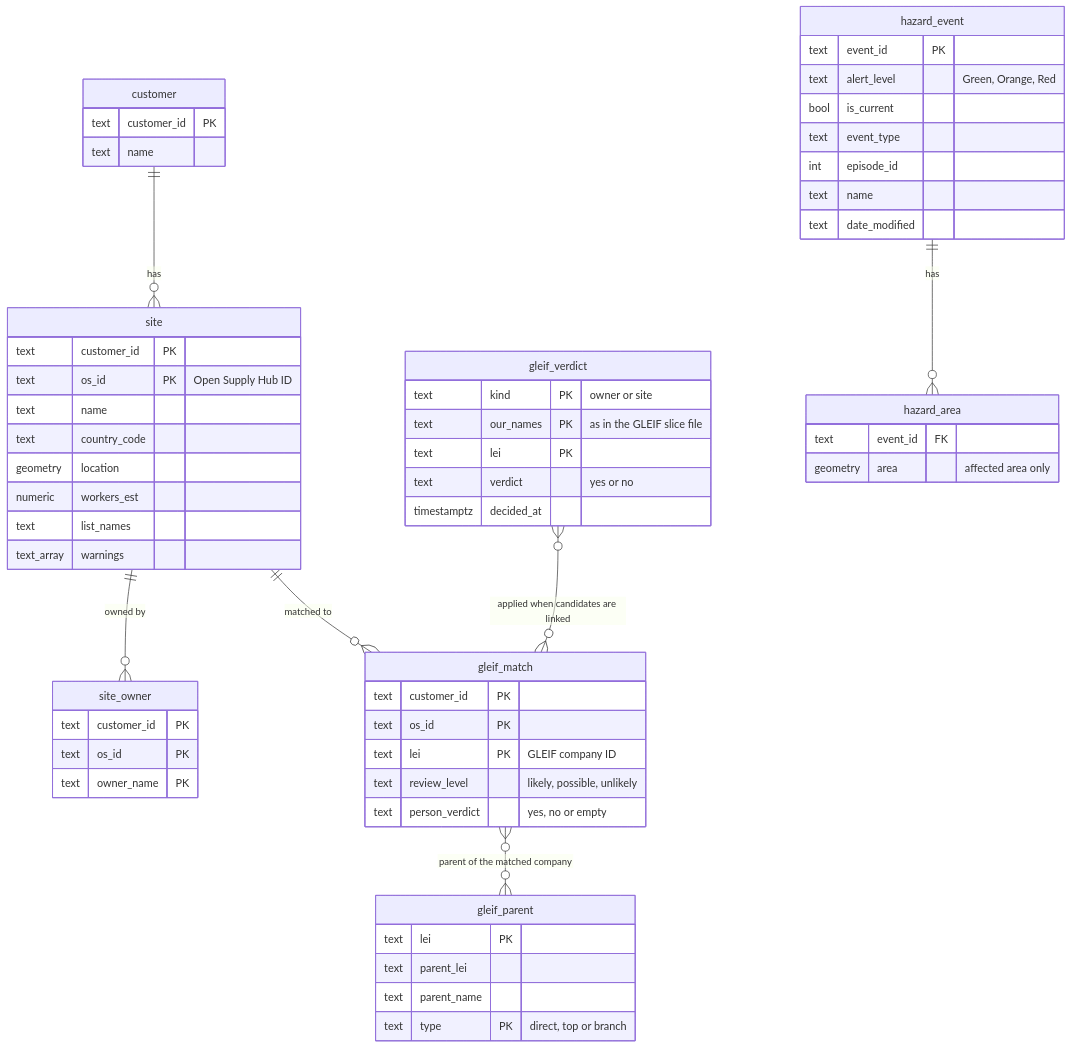
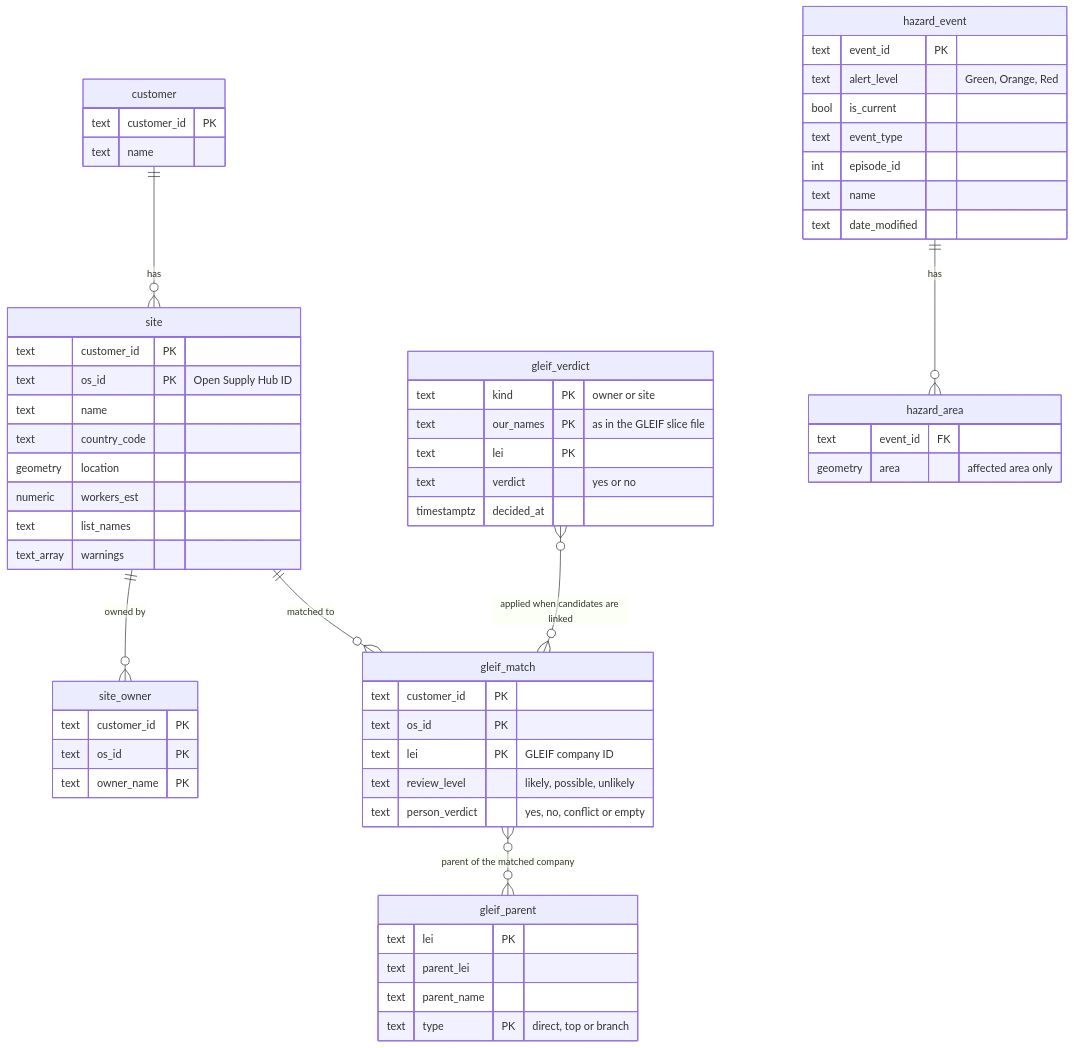
The second of 4 diagrams in docs/architecture/ARCHITECTURE.md (abhifourkites/geo-risk.ai), drawn with Mermaid before and after one commit. The commit also changed other lines of this file and 2 other files, not shown here.

Commit message:
MDM-3: Docs: the conflict rule, and why 13 rows reach one more site
DECISIONS #5: the rule for two candidates on one site-LEI link (yes, no,
conflict), against letting yes win over no; and the 13 slice rows whose site
count differs from our_sites (FAR EASTERN 8 -> 9 on 10 rows, POU CHEN 13 -> 14,
UNIVERSAL APPAREL 1 -> 2 on 2 rows): the file used the older rule that dropped
every self-named owner. ARCHITECTURE.md: person_verdict can be conflict.
README: the conflict case, test counts (91 / 17).

Generated with Claude Code

````diff
--- a/docs/architecture/ARCHITECTURE.md
+++ b/docs/architecture/ARCHITECTURE.md
@@ -54,62 +54,62 @@
 ```mermaid
 erDiagram
   customer ||--o{ site : "has"
   site ||--o{ site_owner : "owned by"
   site ||--o{ gleif_match : "matched to"
   gleif_match }o--o{ gleif_parent : "parent of the matched company"
   gleif_verdict }o--o{ gleif_match : "applied when candidates are linked"
   hazard_event ||--o{ hazard_area : "has"
 
   customer {
     text customer_id PK
     text name
   }
   site {
     text customer_id PK
     text os_id PK "Open Supply Hub ID"
     text name
     text country_code
     geometry location
     numeric workers_est
     text list_names
     text_array warnings
   }
   site_owner {
     text customer_id PK
     text os_id PK
     text owner_name PK
   }
   gleif_match {
     text customer_id PK
     text os_id PK
     text lei PK "GLEIF company ID"
     text review_level "likely, possible, unlikely"
-    text person_verdict "yes, no or empty"
+    text person_verdict "yes, no, conflict or empty"
   }
   gleif_verdict {
     text kind PK "owner or site"
     text our_names PK "as in the GLEIF slice file"
     text lei PK
     text verdict "yes or no"
     timestamptz decided_at
   }
   gleif_parent {
     text lei PK
     text parent_lei
     text parent_name
     text type PK "direct, top or branch"
   }
   hazard_event {
     text event_id PK
     text alert_level "Green, Orange, Red"
     bool is_current
     text event_type
     int episode_id
     text name
     text date_modified
   }
   hazard_area {
     text event_id FK
     geometry area "affected area only"
   }
 ```
````
